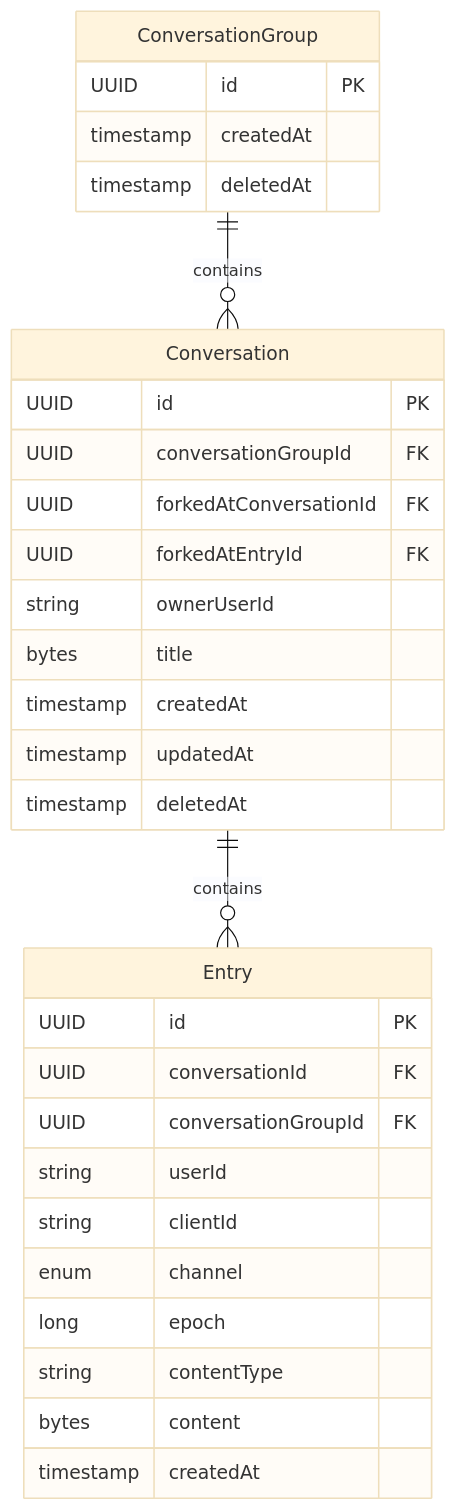
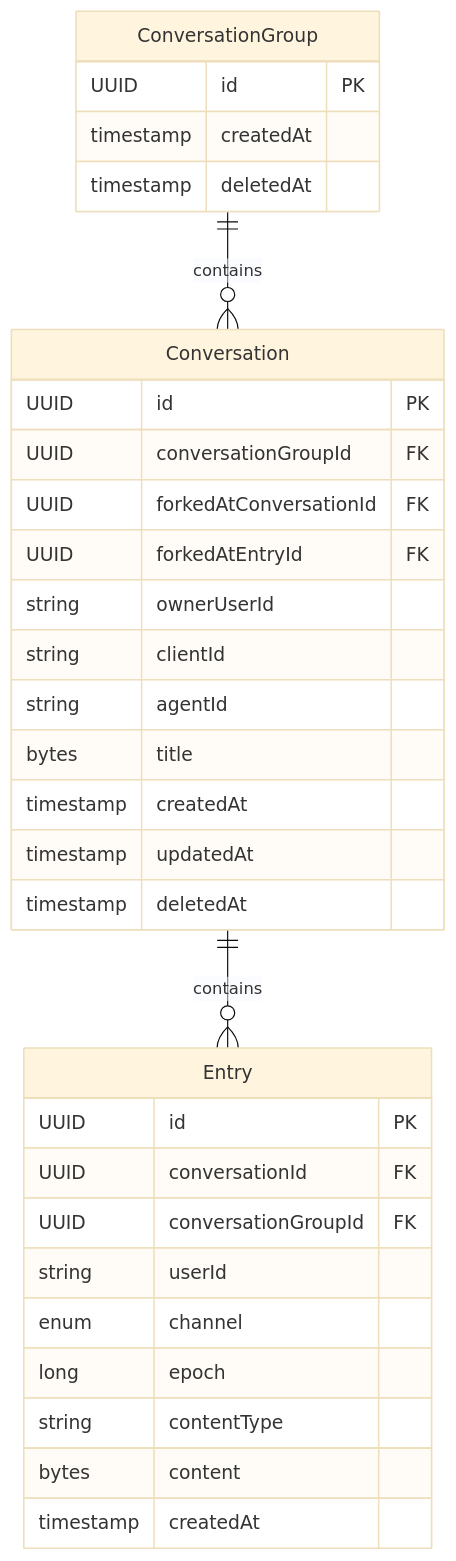
One commit to chirino/memory-service changed the first of 15 diagrams in docs/entry-data-model.md. Above: the diagram before and after it, drawn with Mermaid (base theme). The commit also changed other lines of this file and 44 other files, not shown here.

````diff
--- a/docs/entry-data-model.md
+++ b/docs/entry-data-model.md
@@ -9,33 +9,34 @@
 ```mermaid
 erDiagram
     ConversationGroup ||--o{ Conversation : "contains"
     Conversation ||--o{ Entry : "contains"
     ConversationGroup {
         UUID id PK
         timestamp createdAt
         timestamp deletedAt
     }
     Conversation {
         UUID id PK
         UUID conversationGroupId FK
         UUID forkedAtConversationId FK
         UUID forkedAtEntryId FK
         string ownerUserId
+        string clientId
+        string agentId
         bytes title
         timestamp createdAt
         timestamp updatedAt
         timestamp deletedAt
     }
     Entry {
         UUID id PK
         UUID conversationId FK
         UUID conversationGroupId FK
         string userId
-        string clientId
         enum channel
         long epoch
         string contentType
         bytes content
         timestamp createdAt
     }
 ```
````
